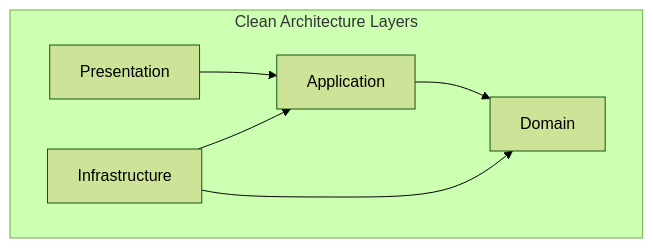
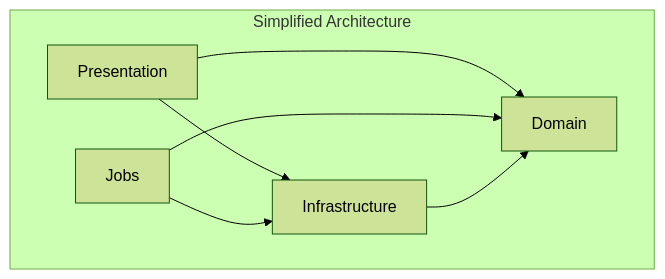
One commit to ryota197/ai-trade-pj changed the second of 9 diagrams in docs/poc/service-architecture.md. Above: the diagram before and after it, drawn with Mermaid (forest theme). The commit also changed other lines of this file and 44 other files, not shown here.

Commit message:
refactoring infrastructure layer and delete application layer

````diff
--- a/docs/poc/service-architecture.md
+++ b/docs/poc/service-architecture.md
@@ -51,10 +54,11 @@
 ```mermaid
 graph LR
-    subgraph "Clean Architecture Layers"
+    subgraph "Simplified Architecture"
         direction LR
-        P[Presentation] --> A[Application]
-        A --> D[Domain]
-        I[Infrastructure] --> D
-        I --> A
+        P[Presentation] --> I[Infrastructure]
+        P --> D[Domain]
+        J[Jobs] --> I
+        J --> D
+        I --> D
     end
 ```
````
